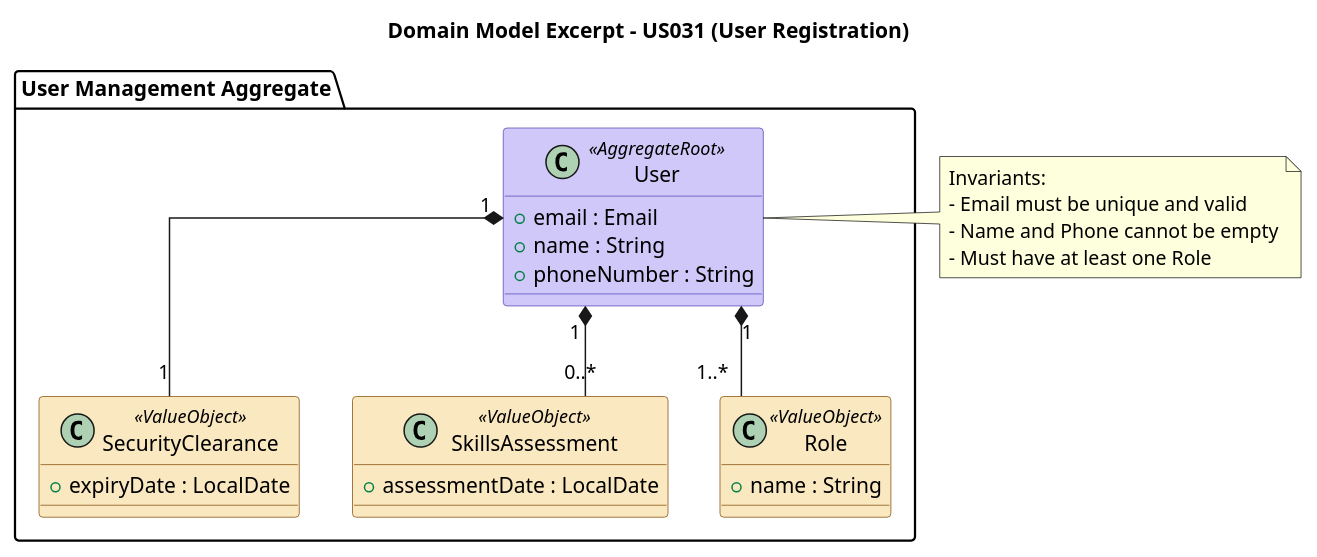
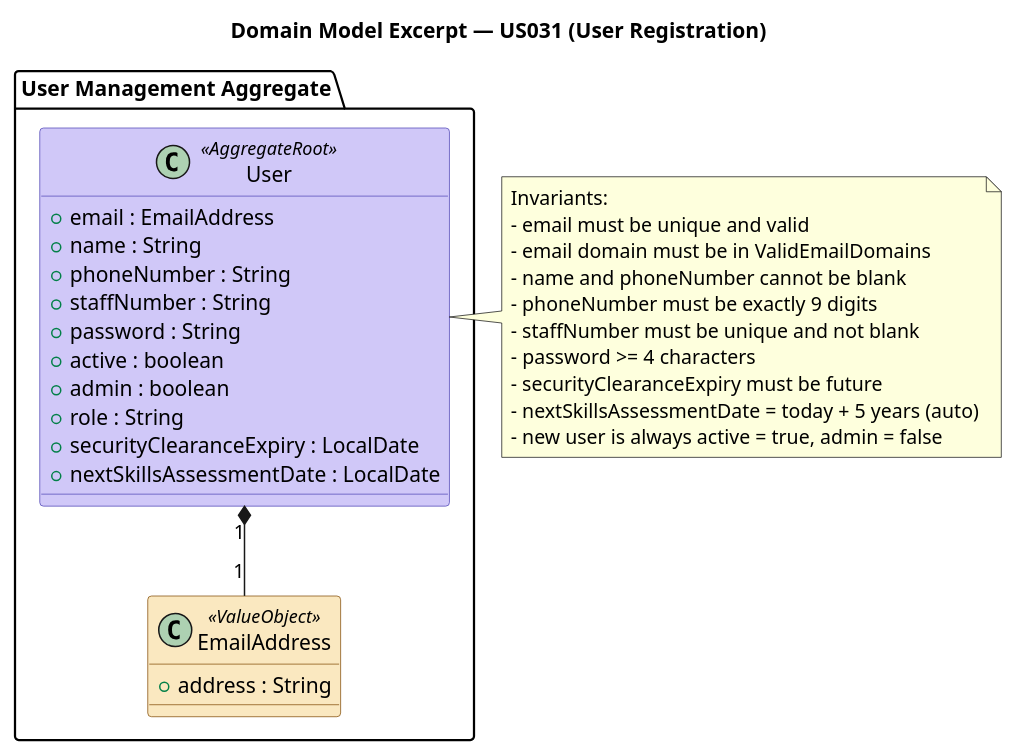
One commit to DuartePinto1240/sem4pi2526-sem4pi2526_2da2 changed the diagram in docs/Sprint 2/EAPLI/US031/puml/US031-domain-model.puml. Above: the diagram before and after it, drawn with PlantUML. The commit also changed 16 other files, not shown here.

```diff
--- a/docs/Sprint 2/EAPLI/US031/puml/US031-domain-model.puml
+++ b/docs/Sprint 2/EAPLI/US031/puml/US031-domain-model.puml
@@ -1,43 +1,46 @@
 @startuml
-title Domain Model Excerpt - US031 (User Registration)
+title Domain Model Excerpt — US031 (User Registration)
 
 skinparam linetype ortho
 skinparam class {
     BackgroundColor<<AggregateRoot>> #D0C8F8
     BorderColor<<AggregateRoot>> #534AB7
     BackgroundColor<<ValueObject>> #FAE8C0
     BorderColor<<ValueObject>> #854F0B
 }
 
 package "User Management Aggregate" {
     class User <<AggregateRoot>> {
-        + email : Email
+        + email : EmailAddress
         + name : String
         + phoneNumber : String
+        + staffNumber : String
+        + password : String
+        + active : boolean
+        + admin : boolean
+        + role : String
+        + securityClearanceExpiry : LocalDate
+        + nextSkillsAssessmentDate : LocalDate
     }
 
-    class SecurityClearance <<ValueObject>> {
-        + expiryDate : LocalDate
+    class EmailAddress <<ValueObject>> {
+        + address : String
     }
 
-    class SkillsAssessment <<ValueObject>> {
-        + assessmentDate : LocalDate
-    }
-
-    class Role <<ValueObject>> {
-        + name : String
-    }
-
-    User "1" *-- "1" SecurityClearance
-    User "1" *-- "0..*" SkillsAssessment
-    User "1" *-- "1..*" Role
+    User "1" *-- "1" EmailAddress
 }
 
 note right of User
   Invariants:
-  - Email must be unique and valid
-  - Name and Phone cannot be empty
-  - Must have at least one Role
+  - email must be unique and valid
+  - email domain must be in ValidEmailDomains
+  - name and phoneNumber cannot be blank
+  - phoneNumber must be exactly 9 digits
+  - staffNumber must be unique and not blank
+  - password >= 4 characters
+  - securityClearanceExpiry must be future
+  - nextSkillsAssessmentDate = today + 5 years (auto)
+  - new user is always active = true, admin = false
 end note
 
 @enduml
```
